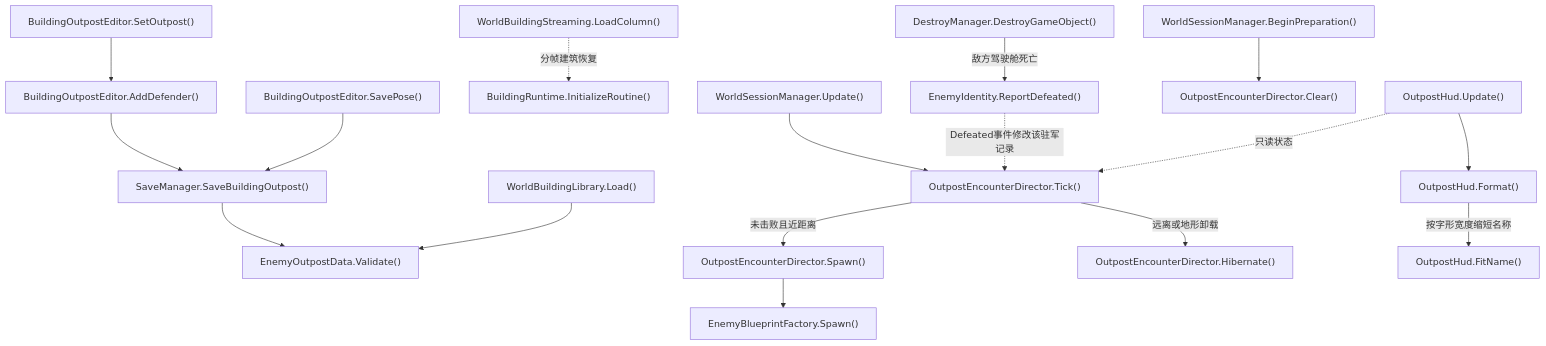
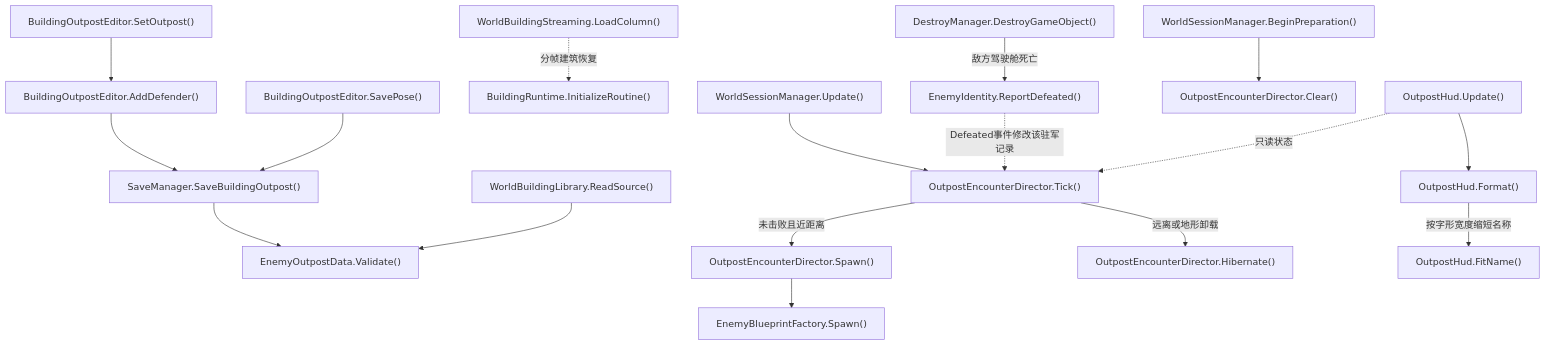
Diagram 25 of 43 in Docs/RuntimeFlow.md (kukudia/HY-Sandbox), drawn with Mermaid before and after one commit. The commit also changed other lines of this file and 14 other files, not shown here.

First line of the commit message:
refactor: share building blueprint source with SaveManager

````diff
--- a/Docs/RuntimeFlow.md
+++ b/Docs/RuntimeFlow.md
@@ -2432,59 +2447,59 @@
 ```mermaid
 flowchart TD
     A["BuildingOutpostEditor.SetOutpost()"]
     click A "../Assets/Scripts/Features/Building/BuildingEditor/BuildingOutpostEditor.cs#L163" "打开源码"
     B["BuildingOutpostEditor.AddDefender()"]
     click B "../Assets/Scripts/Features/Building/BuildingEditor/BuildingOutpostEditor.cs#L180" "打开源码"
     C["BuildingOutpostEditor.SavePose()"]
     click C "../Assets/Scripts/Features/Building/BuildingEditor/BuildingOutpostEditor.cs#L233" "打开源码"
     D["SaveManager.SaveBuildingOutpost()"]
-    click D "../Assets/Scripts/Features/Building/SaveManager.cs#L147" "打开源码"
+    click D "../Assets/Scripts/Features/Building/SaveManager.cs#L152" "打开源码"
     E["EnemyOutpostData.Validate()"]
     click E "../Assets/Scripts/Features/World/Outposts/EnemyOutpostData.cs#L13" "打开源码"
-    F["WorldBuildingLibrary.Load()"]
-    click F "../Assets/Scripts/Features/World/Buildings/Data/WorldBuildingLibrary.cs#L115" "打开源码"
+    F["WorldBuildingLibrary.ReadSource()"]
+    click F "../Assets/Scripts/Features/World/Buildings/Data/WorldBuildingLibrary.cs#L96" "打开源码"
     G["WorldBuildingStreaming.LoadColumn()"]
     click G "../Assets/Scripts/Features/World/Streaming/WorldBuildingStreaming.cs#L34" "打开源码"
     H["BuildingRuntime.InitializeRoutine()"]
     click H "../Assets/Scripts/Features/World/Buildings/BuildingRuntime.cs#L82" "打开源码"
     I["WorldSessionManager.Update()"]
     click I "../Assets/Scripts/Features/World/WorldSessionManager.cs#L415" "打开源码"
     J["OutpostEncounterDirector.Tick()"]
     click J "../Assets/Scripts/Features/World/Outposts/OutpostEncounterDirector.cs#L51" "打开源码"
     K["OutpostEncounterDirector.Spawn()"]
     click K "../Assets/Scripts/Features/World/Outposts/OutpostEncounterDirector.cs#L170" "打开源码"
     L["EnemyBlueprintFactory.Spawn()"]
     click L "../Assets/Scripts/Features/Combat/Enemies/EnemyBlueprintFactory.cs#L12" "打开源码"
     M["OutpostEncounterDirector.Hibernate()"]
     click M "../Assets/Scripts/Features/World/Outposts/OutpostEncounterDirector.cs#L293" "打开源码"
     N["DestroyManager.DestroyGameObject()"]
     click N "../Assets/Scripts/Features/Combat/DestroyManager.cs#L32" "打开源码"
     O["EnemyIdentity.ReportDefeated()"]
     click O "../Assets/Scripts/Features/Combat/Enemies/EnemyIdentity.cs#L9" "打开源码"
     P["OutpostEncounterDirector.Clear()"]
     click P "../Assets/Scripts/Features/World/Outposts/OutpostEncounterDirector.cs#L339" "打开源码"
     Q["WorldSessionManager.BeginPreparation()"]
     click Q "../Assets/Scripts/Features/World/WorldSessionManager.cs#L85" "打开源码"
     R["OutpostHud.Update()"]
     click R "../Assets/Scripts/Features/World/Outposts/OutpostHud.cs#L14" "打开源码"
     S["OutpostHud.Format()"]
     click S "../Assets/Scripts/Features/World/Outposts/OutpostHud.cs#L26" "打开源码"
     T["OutpostHud.FitName()"]
     click T "../Assets/Scripts/Features/World/Outposts/OutpostHud.cs#L41" "打开源码"
     A --> B
     B --> D
     C --> D
     D --> E
     F --> E
     G -.->|分帧建筑恢复| H
     I --> J
     J -->|未击败且近距离| K
     K --> L
     J -->|远离或地形卸载| M
     N -->|敌方驾驶舱死亡| O
     O -.->|Defeated事件修改该驻军记录| J
     Q --> P
     R -.->|只读状态| J
     R --> S
     S -->|按字形宽度缩短名称| T
 ```
````
